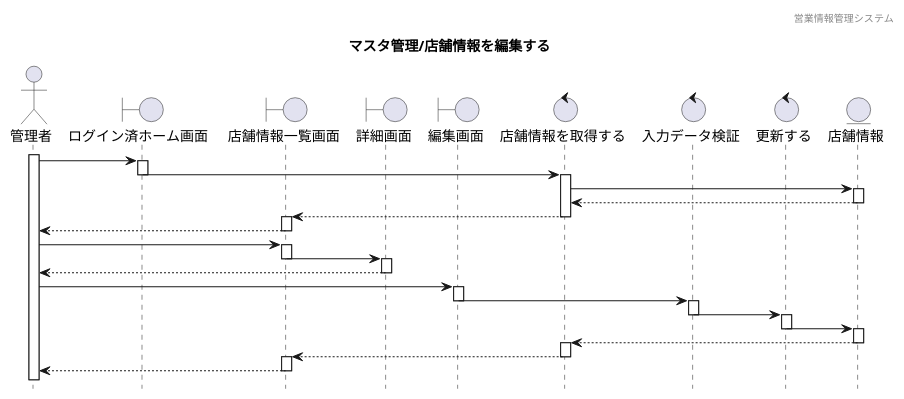
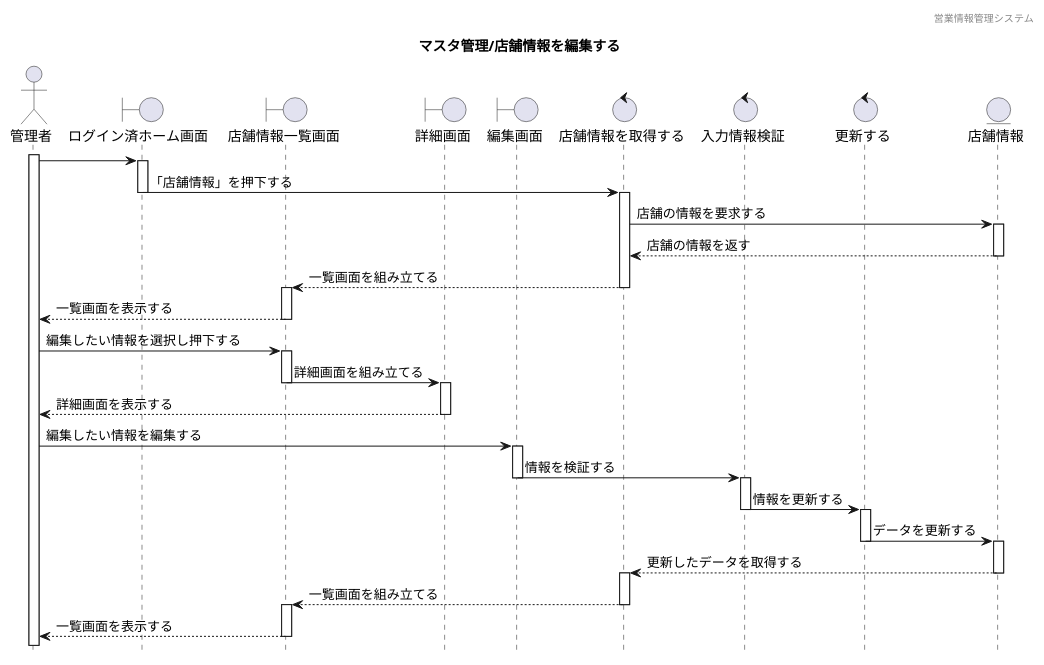
Before and after one commit to HaruShim/Sotuken: the diagram in 各種設計書/4シーケンス図/マスタ管理/2.店舗情報マスタ/店舗情報管理_編集.wsd, drawn with PlantUML.

```diff
--- a/各種設計書/4シーケンス図/マスタ管理/2.店舗情報マスタ/店舗情報管理_編集.wsd
+++ b/各種設計書/4シーケンス図/マスタ管理/2.店舗情報マスタ/店舗情報管理_編集.wsd
@@ -1,86 +1,86 @@
 @startuml sequence
 
 hide footbox
 header 営業情報管理システム
 title マスタ管理/店舗情報を編集する
 
 ' actor "" as
 actor "管理者" as a1
 
 ' boundary "" as 
 boundary "ログイン済ホーム画面 " as b1
 boundary "店舗情報一覧画面" as b2
 boundary "詳細画面" as b3
 boundary "編集画面" as b4
 
 ' control "" as 
 control "店舗情報を取得する" as c1
-control "入力データ検証" as c2
+control "入力情報検証" as c2
 control "更新する" as c3
 
 ' entity "" as
 entity "店舗情報" as e1
 
 activate a1 
 a1 -> b1 :
 activate b1
-b1 -> c1 :
+b1 -> c1 :「店舗情報」を押下する
 deactivate b1
 
 activate c1
-c1 -> e1 :
+c1 -> e1 :店舗の情報を要求する
 activate e1
-e1 --> c1 :
+e1 --> c1 :店舗の情報を返す
 deactivate e1
-c1 --> b2
+c1 --> b2 : 一覧画面を組み立てる
 deactivate c1
 
 activate b2 
-b2 --> a1 :
+b2 --> a1 :一覧画面を表示する
 deactivate b2
 
 
-a1 ->b2
+a1 ->b2 : 編集したい情報を選択し押下する
 activate b2
-b2 -> b3
+b2 -> b3 : 詳細画面を組み立てる
 deactivate b2
 
 activate b3
-b3 --> a1 :
+b3 --> a1 :詳細画面を表示する
 deactivate b3
 
 
-a1 -> b4 :
+a1 -> b4 :編集したい情報を編集する
 activate b4
-b4 -> c2 :
+b4 -> c2 :情報を検証する
 deactivate b4
 
 activate c2
-c2 -> c3 :
+c2 -> c3 :情報を更新する
 deactivate c2
 
 activate c3
-c3 -> e1 :
+c3 -> e1 :データを更新する
 deactivate
 
 activate e1
-e1 --> c1 :
+e1 --> c1 :更新したデータを取得する
 deactivate e1
 
 activate c1
-c1 --> b2 :
+c1 --> b2 :一覧画面を組み立てる
 deactivate c1
 
 activate b2 
-b2  -->  a1
+b2  -->  a1 : 一覧画面を表示する
 deactivate b2
 
 
 
 
 
 
 
 
 
 @enduml
```
